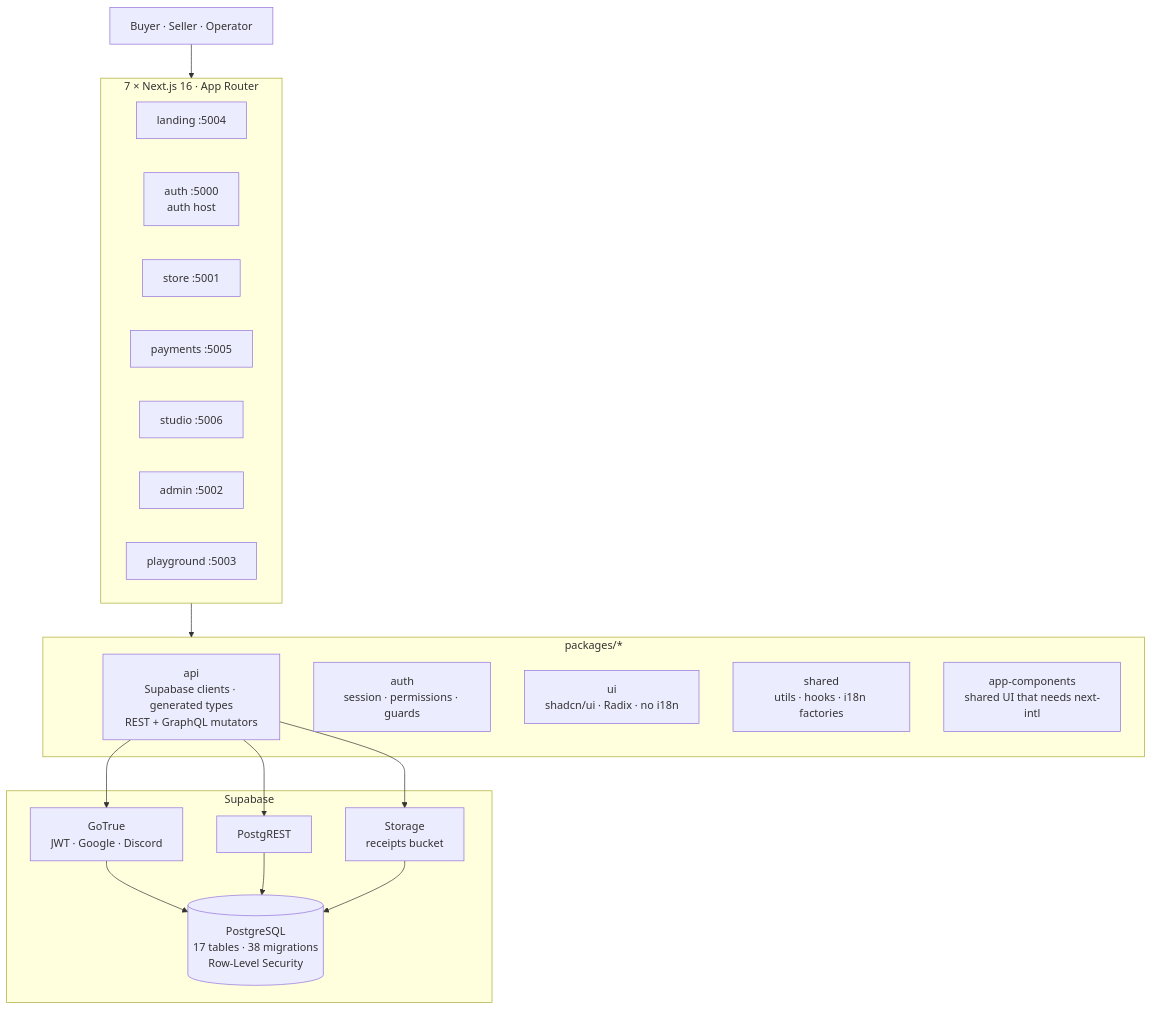
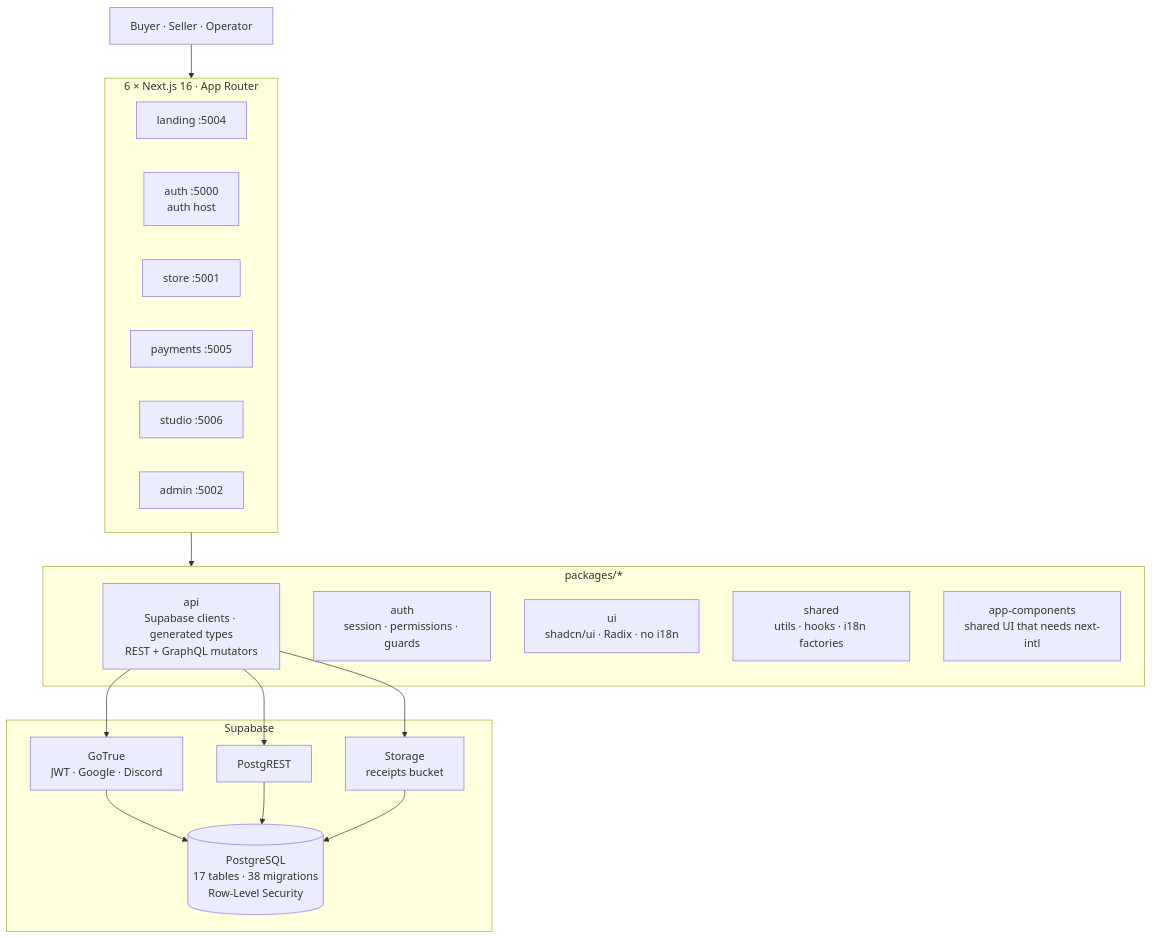
Before and after one commit to furrycolombia-sys/candyshop: the first of 2 diagrams in README.md, drawn with Mermaid. The commit also changed other lines of this file and 91 other files, not shown here.

Commit message:
chore: remove the playground app and relocate the env viewer to admin [GH-000]

````diff
--- a/README.md
+++ b/README.md
@@ -122,34 +120,33 @@
 ```mermaid
 graph TB
     U["Buyer · Seller · Operator"]
 
-    subgraph Apps["7 × Next.js 16 · App Router"]
+    subgraph Apps["6 × Next.js 16 · App Router"]
         LAND["landing :5004"]
         AUTHAPP["auth :5000<br/>auth host"]
         STORE["store :5001"]
         PAY["payments :5005"]
         STUDIO["studio :5006"]
         ADMIN["admin :5002"]
-        PLAY["playground :5003"]
     end
 
     subgraph Pkgs["packages/*"]
         API["api<br/>Supabase clients · generated types<br/>REST + GraphQL mutators"]
         AUTHPKG["auth<br/>session · permissions · guards"]
         UI["ui<br/>shadcn/ui · Radix · no i18n"]
         SHARED["shared<br/>utils · hooks · i18n factories"]
         APPC["app-components<br/>shared UI that needs next-intl"]
     end
 
     subgraph SB["Supabase"]
         GOTRUE["GoTrue<br/>JWT · Google · Discord"]
         REST["PostgREST"]
         STORAGE["Storage<br/>receipts bucket"]
         PG[("PostgreSQL<br/>17 tables · 38 migrations<br/>Row-Level Security")]
     end
 
     U --> Apps
     Apps --> Pkgs
     API --> GOTRUE & REST & STORAGE
     GOTRUE & REST & STORAGE --> PG
 ```
````
